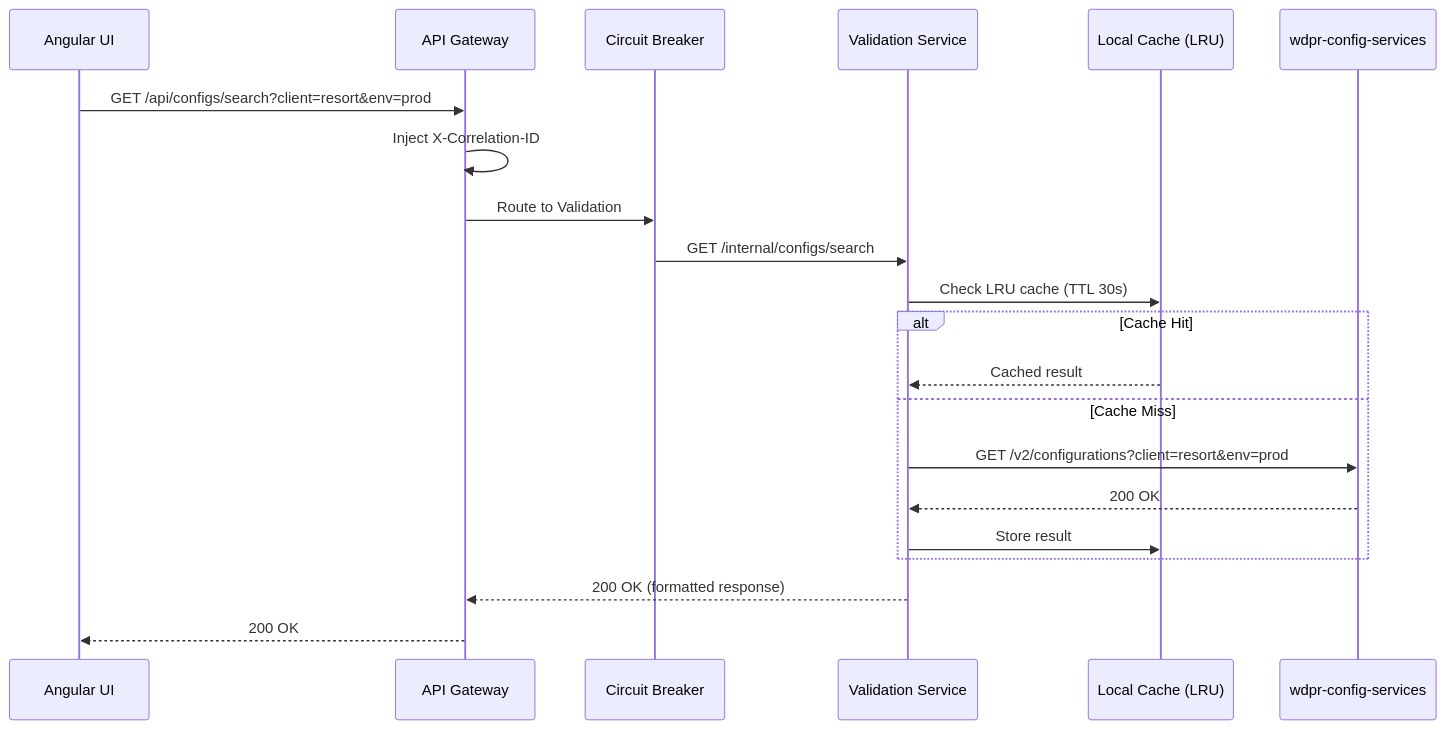
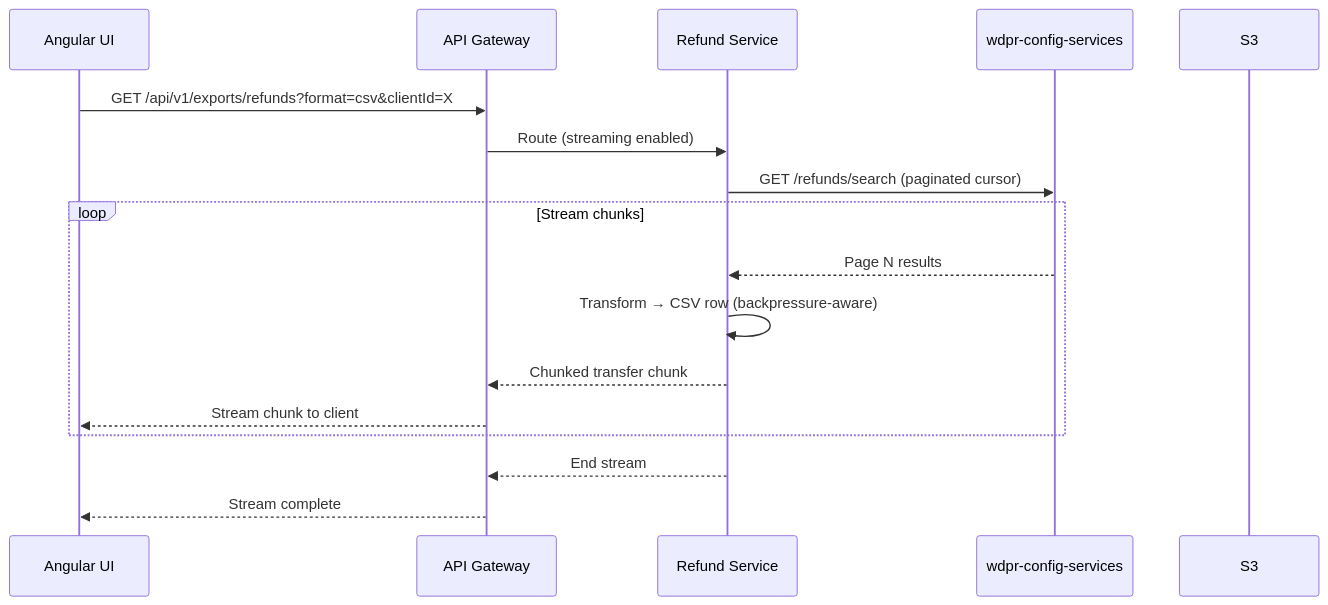
One commit to rsanchez-disney/steer-runtime changed the fourth of 9 diagrams in tests/orchestration/architecture_spec_agent.md. Above: the diagram before and after it, drawn with Mermaid. The commit also changed other lines of this file and 11 other files, not shown here.

````diff
--- a/tests/orchestration/architecture_spec_agent.md
+++ b/tests/orchestration/architecture_spec_agent.md
@@ -247,24 +155,22 @@
 ```mermaid
 sequenceDiagram
-    participant Client as Angular UI
+    participant UI as Angular UI
     participant GW as API Gateway
-    participant CB as Circuit Breaker
-    participant VS as Validation Service
-    participant Cache as Local Cache (LRU)
-    participant BE as wdpr-config-services
+    participant RS as Refund Service
+    participant CS as wdpr-config-services
+    participant S3 as S3
 
-    Client->>GW: GET /api/configs/search?client=resort&env=prod
-    GW->>GW: Inject X-Correlation-ID
-    GW->>CB: Route to Validation
-    CB->>VS: GET /internal/configs/search
-    VS->>Cache: Check LRU cache (TTL 30s)
-    alt Cache Hit
-        Cache-->>VS: Cached result
-    else Cache Miss
-        VS->>BE: GET /v2/configurations?client=resort&env=prod
-        BE-->>VS: 200 OK
-        VS->>Cache: Store result
+    UI->>GW: GET /api/v1/exports/refunds?format=csv&clientId=X
+    GW->>RS: Route (streaming enabled)
+    RS->>CS: GET /refunds/search (paginated cursor)
+    
+    loop Stream chunks
+        CS-->>RS: Page N results
+        RS->>RS: Transform → CSV row (backpressure-aware)
+        RS-->>GW: Chunked transfer chunk
+        GW-->>UI: Stream chunk to client
     end
-    VS-->>GW: 200 OK (formatted response)
-    GW-->>Client: 200 OK
+    
+    RS-->>GW: End stream
+    GW-->>UI: Stream complete
 ```
````
